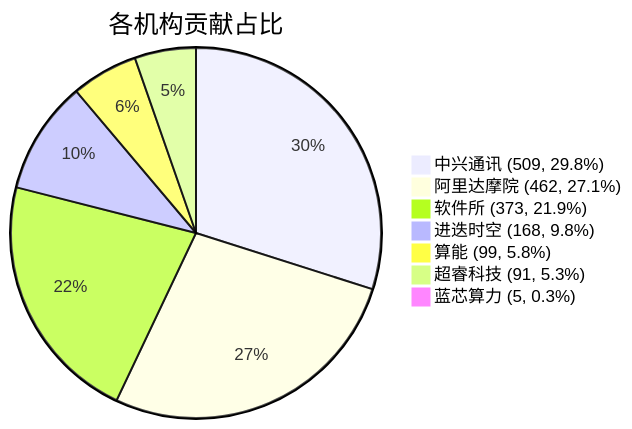
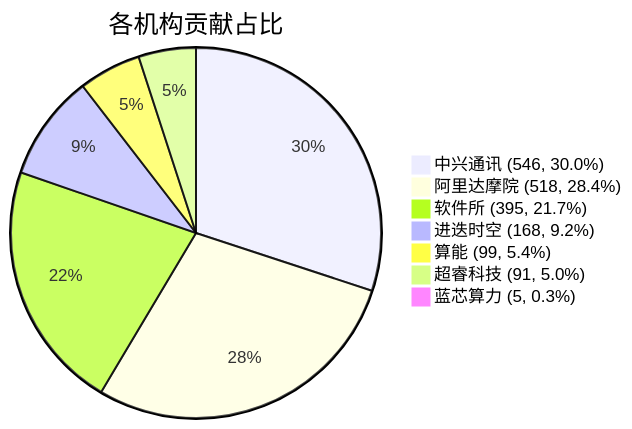
The diagram in docs/index.md (unicornx/rvck), drawn with Mermaid before and after one commit. The commit also changed other lines of this file and 25 other files, not shown here.

````diff
--- a/docs/index.md
+++ b/docs/index.md
@@ -34,10 +34,10 @@
 ```mermaid
 pie title 各机构贡献占比
-    "中兴通讯 (509, 29.8%)" : 509
-    "阿里达摩院 (462, 27.1%)" : 462
-    "软件所 (373, 21.9%)" : 373
-    "进迭时空 (168, 9.8%)" : 168
-    "算能 (99, 5.8%)" : 99
-    "超睿科技 (91, 5.3%)" : 91
+    "中兴通讯 (546, 30.0%)" : 546
+    "阿里达摩院 (518, 28.4%)" : 518
+    "软件所 (395, 21.7%)" : 395
+    "进迭时空 (168, 9.2%)" : 168
+    "算能 (99, 5.4%)" : 99
+    "超睿科技 (91, 5.0%)" : 91
     "蓝芯算力 (5, 0.3%)" : 5
 ```
````
